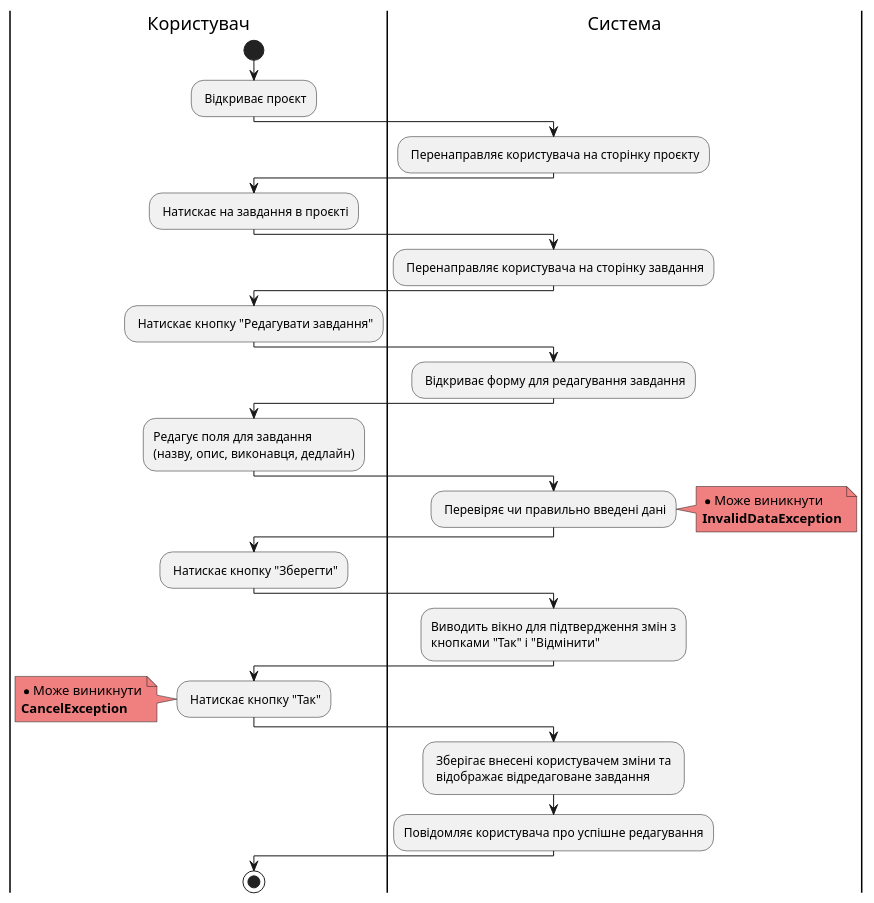
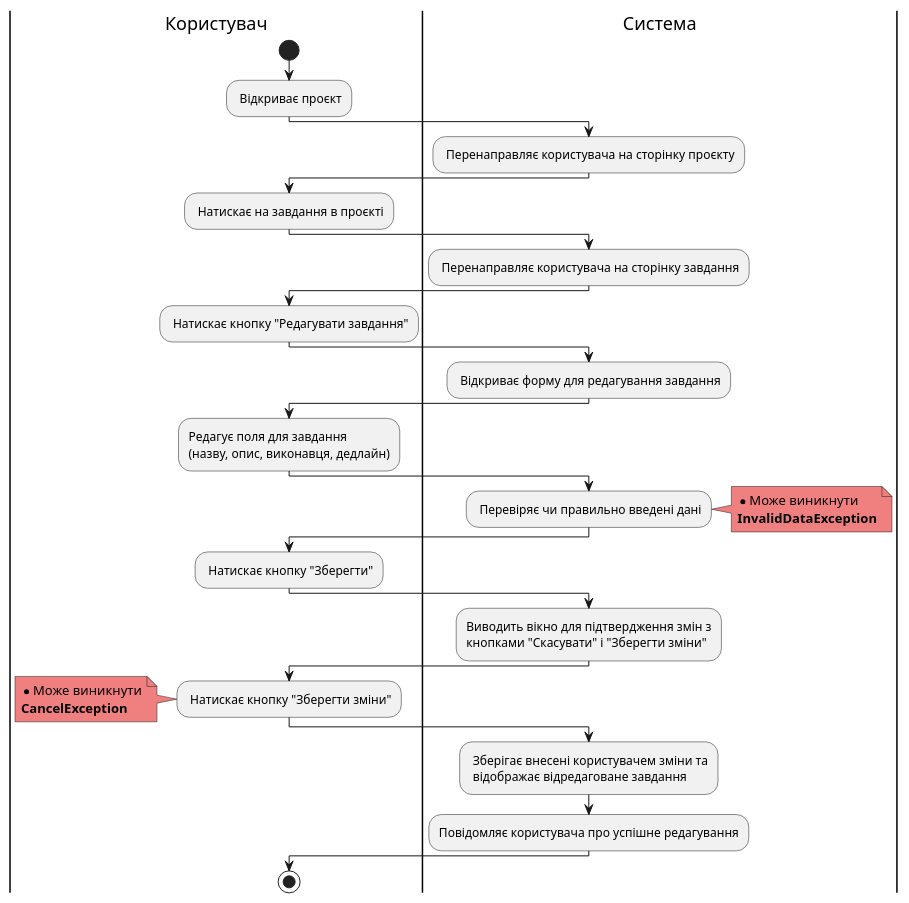
Diagram 12 of 19 in docs/use cases/README.md (samoilenkomariia/db-coursework), drawn with PlantUML before and after one commit. The commit also changed other lines of this file, not shown here.

Commit message:
editet all activity diagrams README.md

```diff
--- a/docs/use cases/README.md
+++ b/docs/use cases/README.md
@@ -327,53 +490,53 @@
 @startuml
     
     |Користувач|
     start;
     : Відкриває проєкт;
         
     |Система|
     : Перенаправляє користувача на сторінку проєкту;
     
     |Користувач|
     : Натискає на завдання в проєкті;
 
     |Система|
     : Перенаправляє користувача на сторінку завдання;
     
     |Користувач|
     : Натискає кнопку "Редагувати завдання";
 
     |Система|
     : Відкриває форму для редагування завдання;
 
     |Користувач|
     :Редагує поля для завдання\n(назву, опис, виконавця, дедлайн);
     
     |Система|
     : Перевіряє чи правильно введені дані;
     
     note right #lightcoral
         * Може виникнути
         <b>InvalidDataException</b>
     end note
     
     |Користувач|
     : Натискає кнопку "Зберегти";
     
     |Система|
-    :Виводить вікно для підтвердження змін з\nкнопками "Так" і "Відмінити";
+    :Виводить вікно для підтвердження змін з\nкнопками "Скасувати" і "Зберегти зміни";
     
     |Користувач|
-    : Натискає кнопку "Так";
+    : Натискає кнопку "Зберегти зміни";
     
     note left #lightcoral
         * Може виникнути
         <b>CancelException</b>
     end note    
 
     |Система|
-    : Зберігає внесені користувачем зміни та \n відображає відредаговане завдання;
+    : Зберігає внесені користувачем зміни та\n відображає відредаговане завдання;
     :Повідомляє користувача про успішне редагування;
 
     |Користувач|
         stop;
 @enduml
```
